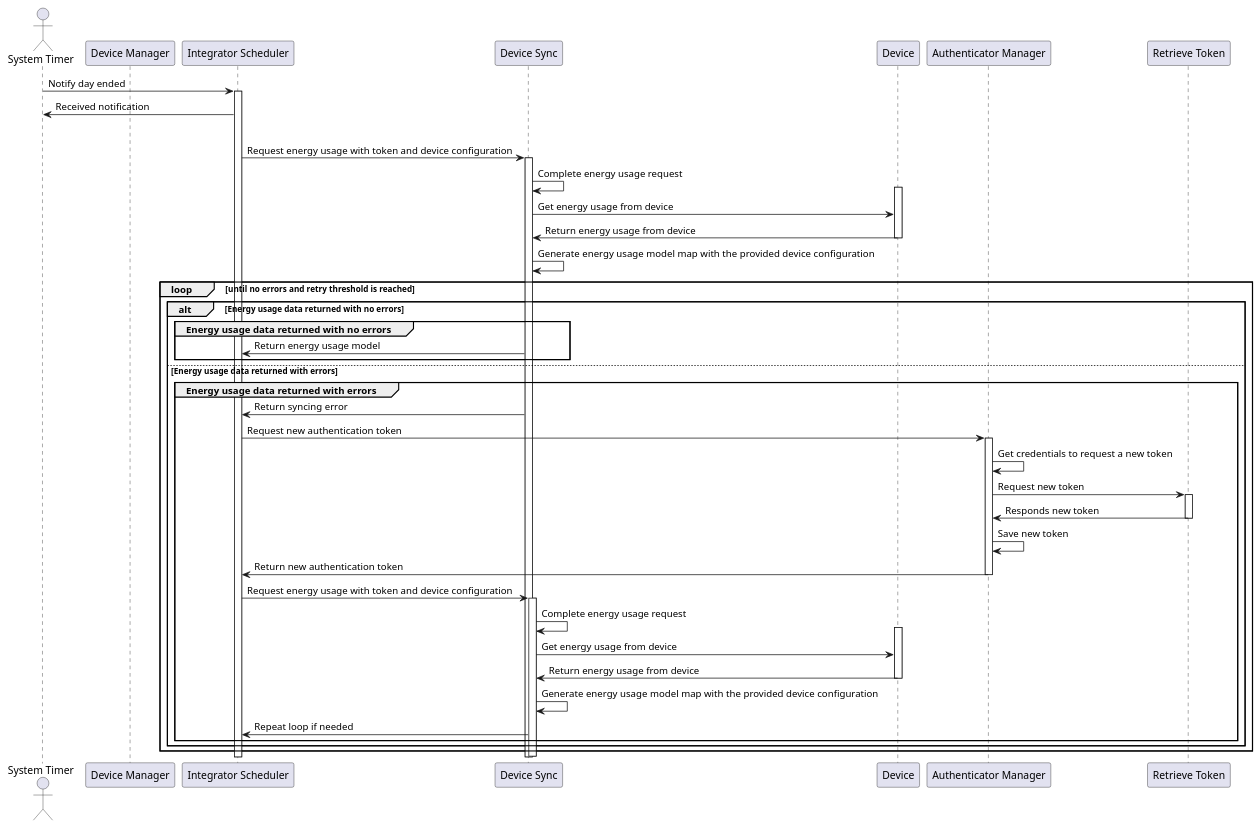
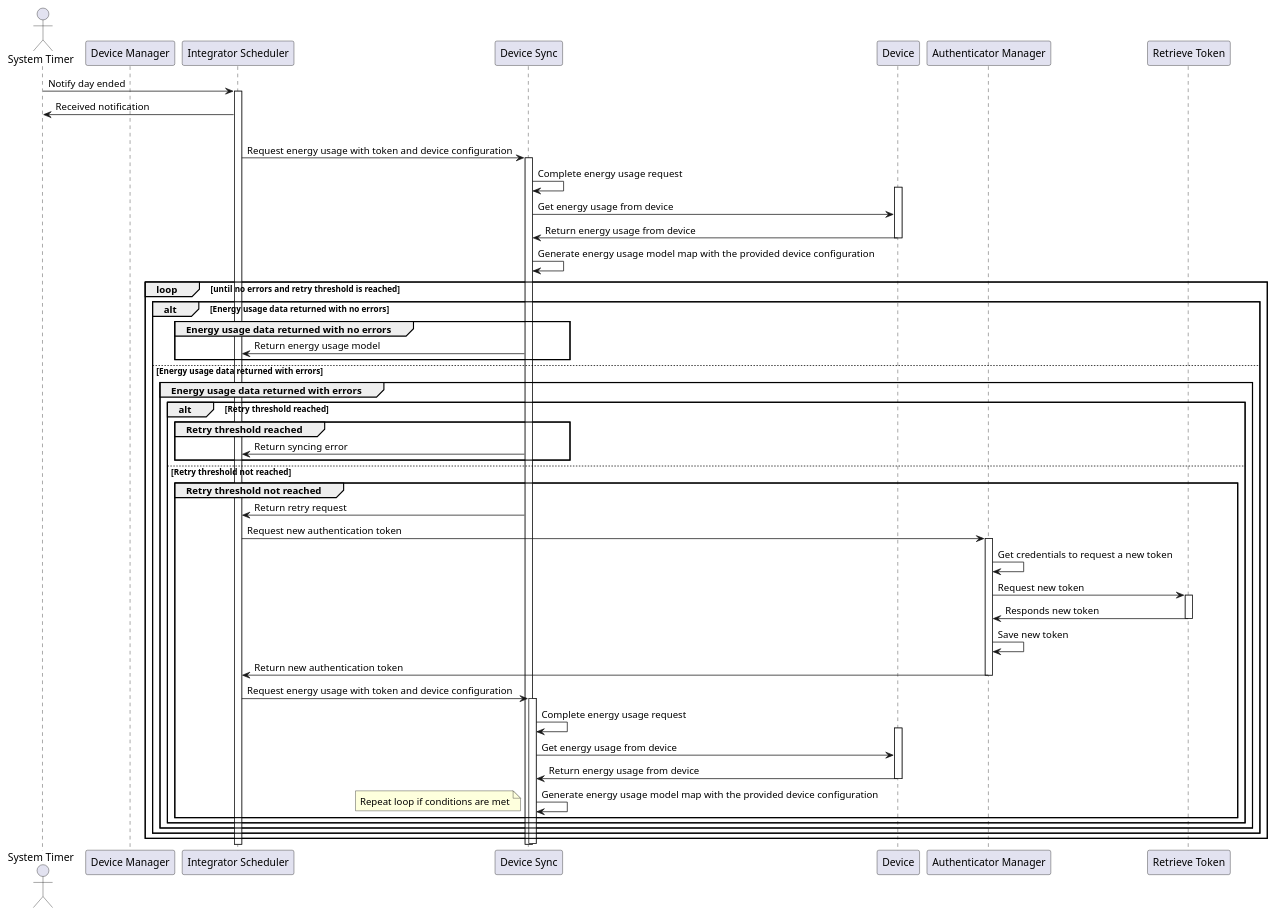
One commit to dperez2023/tfm_text changed the diagram in Diagramas/sequence4.plantuml. Above: the diagram before and after it, drawn with PlantUML.

Commit message:
Actualizar sequence4.plantuml

```diff
--- a/Diagramas/sequence4.plantuml
+++ b/Diagramas/sequence4.plantuml
@@ -1,58 +1,66 @@
 @startuml
 actor "System Timer" as Timer
 participant "Device Manager" as DM
 participant "Integrator Scheduler" as IS
 participant "Device Sync" as DS
 participant "Device" as D
 participant "Authenticator Manager" as AM
 participant "Retrieve Token" as RT
 
 Timer -> IS: Notify day ended
 activate IS
 IS -> Timer: Received notification
 
 group "Request energy usage to Device Sync"
     IS -> DS: Request energy usage with token and device configuration
     activate DS
     DS -> DS: Complete energy usage request
     activate D
     DS -> D: Get energy usage from device
     D -> DS: Return energy usage from device
     deactivate D
     DS -> DS: Generate energy usage model map with the provided device configuration
 
 loop until no errors and retry threshold is reached
 alt Energy usage data returned with no errors
     group Energy usage data returned with no errors
         DS -> IS: Return energy usage model
     end
 
 else Energy usage data returned with errors
      group Energy usage data returned with errors
-        DS -> IS: Return syncing error
-        IS -> AM: Request new authentication token
-        activate AM
-        AM -> AM: Get credentials to request a new token
-        AM -> RT: Request new token
-        activate RT
-        RT -> AM: Responds new token
-        deactivate RT
-        AM -> AM: Save new token
-        AM -> IS: Return new authentication token
-        deactivate AM
-        IS -> DS: Request energy usage with token and device configuration
-        activate DS
-        DS -> DS: Complete energy usage request
-        activate D
-        DS -> D: Get energy usage from device
-        D -> DS: Return energy usage from device
-        deactivate D
-        DS -> DS: Generate energy usage model map with the provided device configuration
-        DS -> IS: Repeat loop if needed
+        alt Retry threshold reached
+            group Retry threshold reached
+                DS -> IS: Return syncing error
+             end
+        else Retry threshold not reached
+            group Retry threshold not reached
+                DS -> IS: Return retry request
+                IS -> AM: Request new authentication token
+                activate AM
+                AM -> AM: Get credentials to request a new token
+                AM -> RT: Request new token
+                 activate RT
+                RT -> AM: Responds new token
+                deactivate RT
+                AM -> AM: Save new token
+                AM -> IS: Return new authentication token
+                deactivate AM
+                IS -> DS: Request energy usage with token and device configuration
+                activate DS
+                DS -> DS: Complete energy usage request
+                activate D
+                DS -> D: Get energy usage from device
+                D -> DS: Return energy usage from device
+                deactivate D
+                DS -> DS: Generate energy usage model map with the provided device configuration
+                note left: Repeat loop if conditions are met
+            end
+        end
      end
 end
 
 end loop
 
 deactivate DS
 @enduml
```
